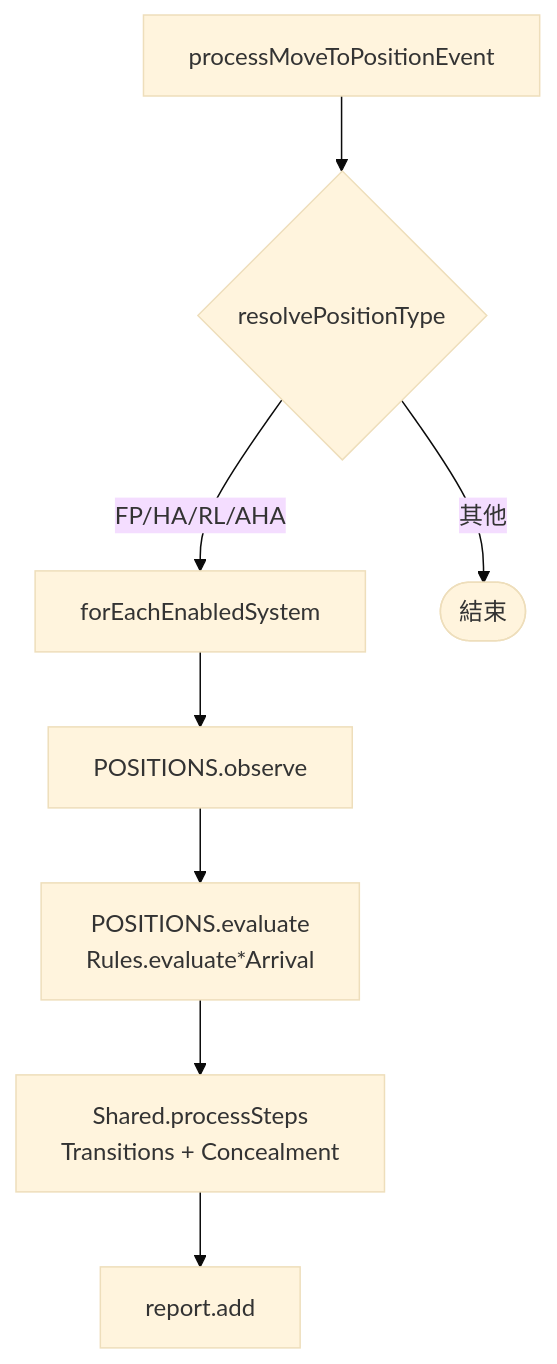
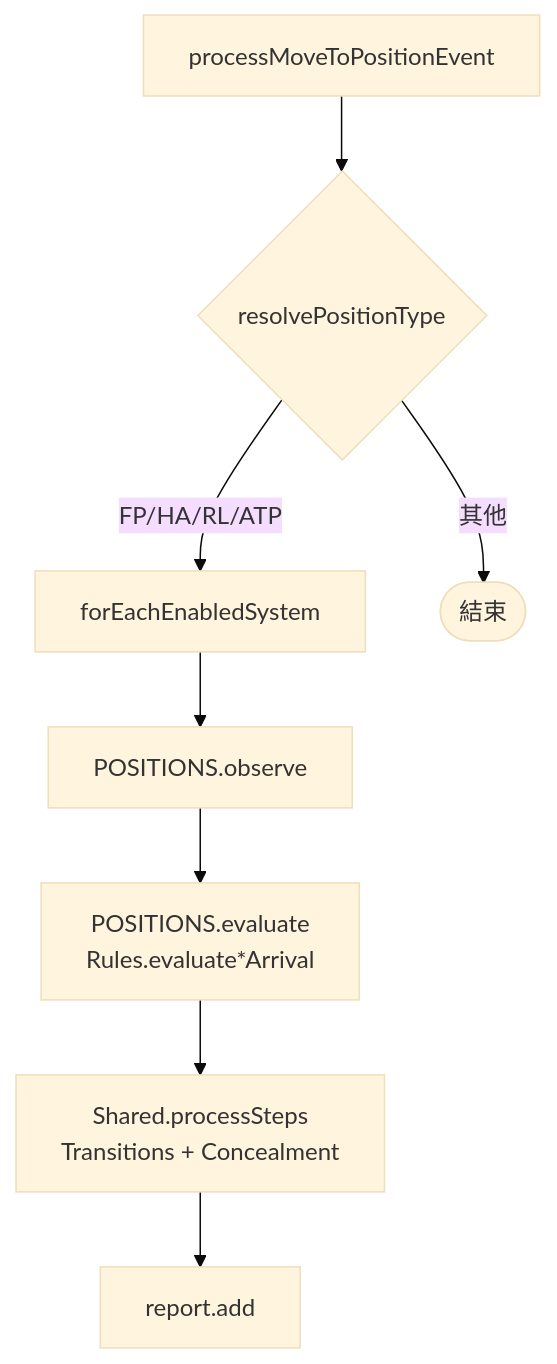
One commit to pullupjumper/formosa-in-flames changed the diagram in docs/missileSystem/arrival.md. Above: the diagram before and after it, drawn with Mermaid (base theme). The commit also changed other lines of this file and 59 other files, not shown here.

First line of the commit message:
refactor(missileSystem): rename ammo holding area (AHA) to ammunition transfer point (ATP)

````diff
--- a/docs/missileSystem/arrival.md
+++ b/docs/missileSystem/arrival.md
@@ -29,10 +29,10 @@
 ```mermaid
 flowchart TD
     A[processMoveToPositionEvent] --> B{resolvePositionType}
-    B -->|FP/HA/RL/AHA| C[forEachEnabledSystem]
+    B -->|FP/HA/RL/ATP| C[forEachEnabledSystem]
     B -->|其他| Z([結束])
     C --> D[POSITIONS.observe]
     D --> E[POSITIONS.evaluate<br/>Rules.evaluate*Arrival]
     E --> F[Shared.processSteps<br/>Transitions + Concealment]
     F --> G[report.add]
 ```
````
